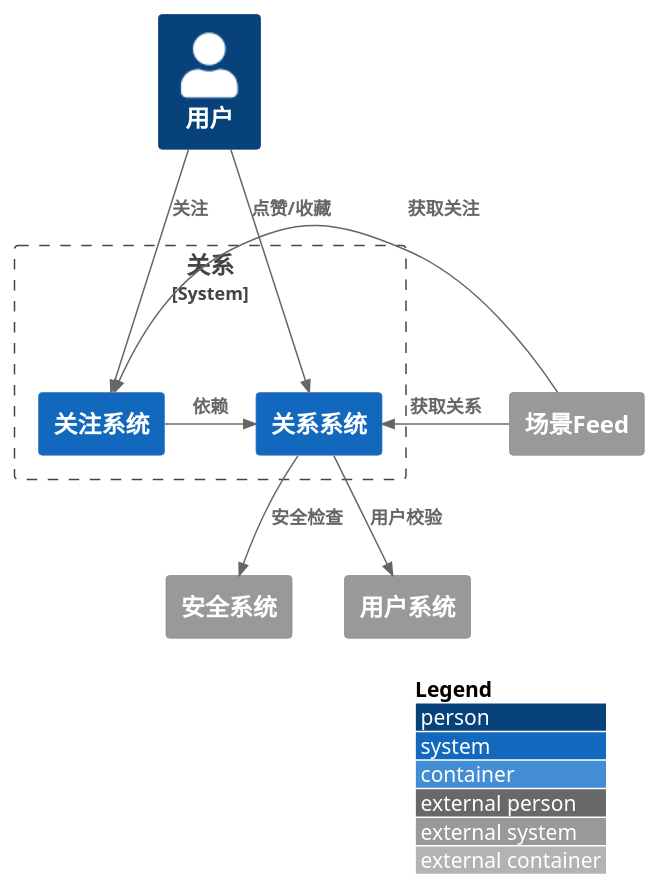
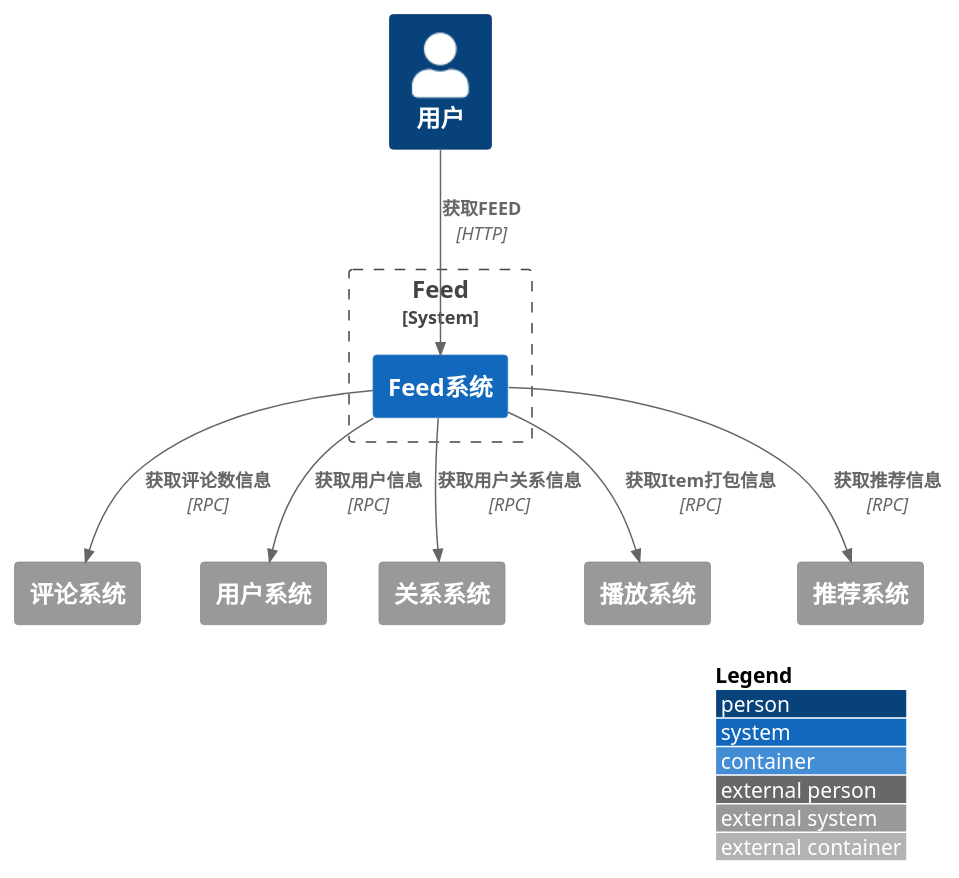
Before and after one commit to nxnnxn/community-doc: the diagram in puml/distribute/feed/system.puml, drawn with PlantUML. The commit also changed 1 other file, not shown here.

```diff
--- a/puml/distribute/feed/system.puml
+++ b/puml/distribute/feed/system.puml
@@ -1,26 +1,25 @@
 @startuml
 !include <C4/C4_Container>
 LAYOUT_WITH_LEGEND()
 
 Person(user, "用户")
 
-System_Boundary(item, "关系"){
-    System(relation, "关系系统")
-    System(follow, "关注系统")
+System_Boundary(feedBoundary, "Feed"){
+    System(feedSystem, "Feed系统")
 }
 
+System_Ext(commentSystem, "评论系统")
+System_Ext(userSystem, "用户系统")
+System_Ext(relationSystem, "关系系统")
+System_Ext(playSystem, "播放系统")
+System_Ext(tppSystem, "推荐系统")
 
-System_Ext(feed, "场景Feed")
-System_Ext(security,"安全系统")
-System_Ext(userSystem,"用户系统")
-
-Rel(user, relation, "点赞/收藏")
-Rel(user, follow, "关注")
-Rel_Neighbor(follow, relation, "依赖")
-Rel(relation, security, "安全检查")
-Rel(relation, userSystem, "用户校验")
-Rel_L(feed, relation, "获取关系")
-Rel_L(feed, follow, "获取关注")
+Rel_D(user,feedSystem, "获取FEED", "HTTP")
+Rel_D(feedSystem,tppSystem, "获取推荐信息", "RPC")
+Rel_D(feedSystem,userSystem, "获取用户信息", "RPC")
+Rel_D(feedSystem,playSystem, "获取Item打包信息", "RPC")
+Rel_D(feedSystem,commentSystem, "获取评论数信息", "RPC")
+Rel_D(feedSystem,relationSystem, "获取用户关系信息", "RPC")
 
 
 @enduml
```
